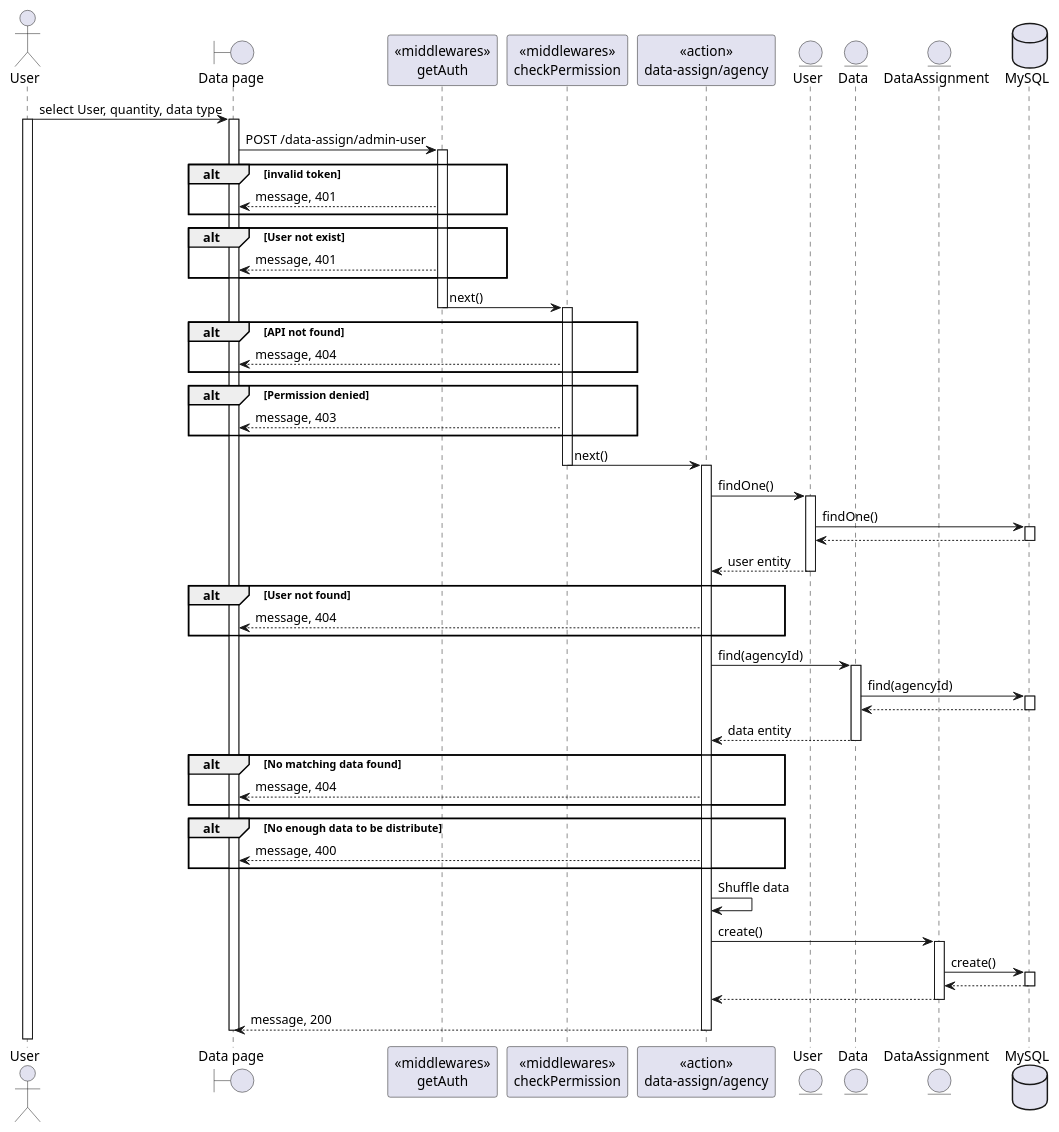
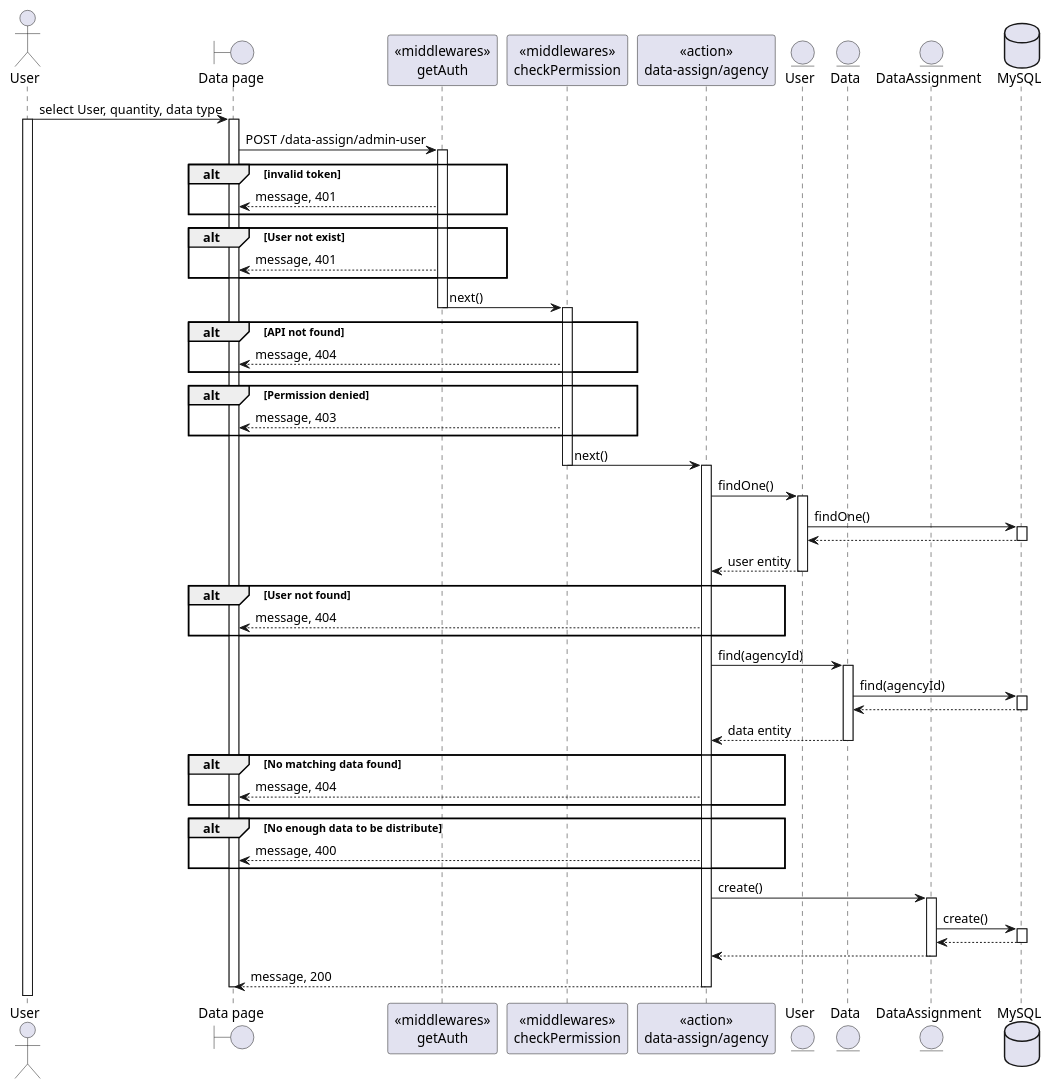
Before and after one commit to BunnyButtpowder/TeleLink-Original: the diagram in SequeceDiagram/data/agencyUser.wsd, drawn with PlantUML. The commit also changed 13 other files, not shown here.

Commit message:
sequence diagram

```diff
--- a/SequeceDiagram/data/agencyUser.wsd
+++ b/SequeceDiagram/data/agencyUser.wsd
@@ -1,75 +1,74 @@
 @startuml
 actor User
 boundary "Data page" as Client
 participant "<<middlewares>>\ngetAuth" as mid1
 participant "<<middlewares>>\ncheckPermission" as mid2
 participant "<<action>>\ndata-assign/agency" as Controller
 entity "User" as Model1
 entity "Data" as Model2
 entity "DataAssignment" as Model3
 
 database "MySQL" as DB
 
 User -> Client: select User, quantity, data type
 activate User
 activate Client
 Client -> mid1: POST /data-assign/admin-user
 activate mid1
 alt invalid token
     mid1 --> Client: message, 401
 end
 alt User not exist
     mid1 --> Client: message, 401
 end
 mid1 -> mid2: next()
 deactivate mid1
 activate mid2
 alt API not found
     mid2 --> Client: message, 404
 end
 alt Permission denied
     mid2 --> Client: message, 403
 end
 mid2 -> Controller: next()
 deactivate mid2
 activate Controller
 
 Controller -> Model1: findOne()
 activate Model1
 Model1 -> DB: findOne()
 activate DB
 DB --> Model1
 deactivate DB
 Model1 --> Controller: user entity
 deactivate Model1
 alt User not found
     Controller --> Client: message, 404
 end
 Controller -> Model2: find(agencyId)
 activate Model2
 Model2 -> DB: find(agencyId)
 activate DB
 DB --> Model2
 deactivate DB
 Model2 --> Controller: data entity
 deactivate Model2
 alt No matching data found
     Controller --> Client: message, 404
 end
 alt No enough data to be distribute
     Controller --> Client: message, 400
 end
-Controller -> Controller: Shuffle data
 Controller -> Model3: create()
 activate Model3
 Model3 -> DB: create()
 activate DB
 DB --> Model3
 deactivate DB
 Model3 --> Controller
 deactivate Model3
 Controller --> Client: message, 200
 deactivate Controller
 deactivate Client
 
 @enduml
```
